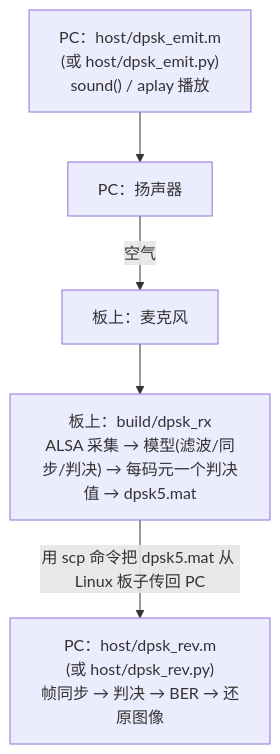
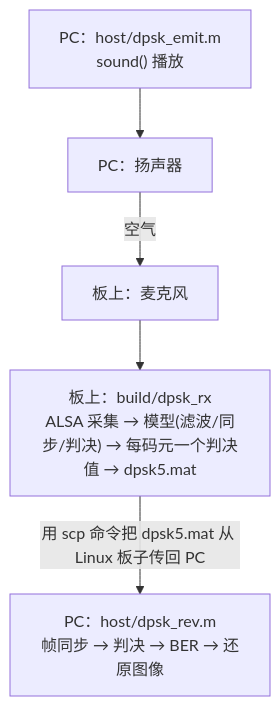
Before and after one commit to padhialuo0426/portable-acoustic-sdr: the second of 2 diagrams in documents/实验二_DPSK.md, drawn with Mermaid. The commit also changed other lines of this file and 10 other files, not shown here.

````diff
--- a/documents/实验二_DPSK.md
+++ b/documents/实验二_DPSK.md
@@ -32,11 +32,11 @@
 ```mermaid
 flowchart TD
-    emit["PC：host/dpsk_emit.m<br/>(或 host/dpsk_emit.py)<br/>sound() / aplay 播放"]
+    emit["PC：host/dpsk_emit.m<br/>sound() 播放"]
     spk["PC：扬声器"]
     mic["板上：麦克风"]
     rx["板上：build/dpsk_rx<br/>ALSA 采集 → 模型(滤波/同步/判决) → 每码元一个判决值 → dpsk5.mat"]
-    dec["PC：host/dpsk_rev.m<br/>(或 host/dpsk_rev.py)<br/>帧同步 → 判决 → BER → 还原图像"]
+    dec["PC：host/dpsk_rev.m<br/>帧同步 → 判决 → BER → 还原图像"]
 
     emit --> spk -->|"空气"| mic --> rx
     rx -->|"用 scp 命令把 dpsk5.mat 从 Linux 板子传回 PC"| dec
 ```
````
